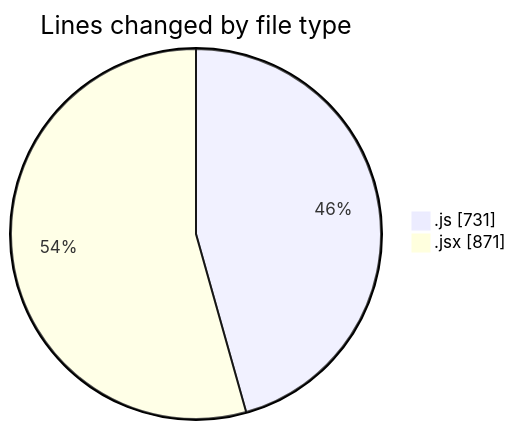
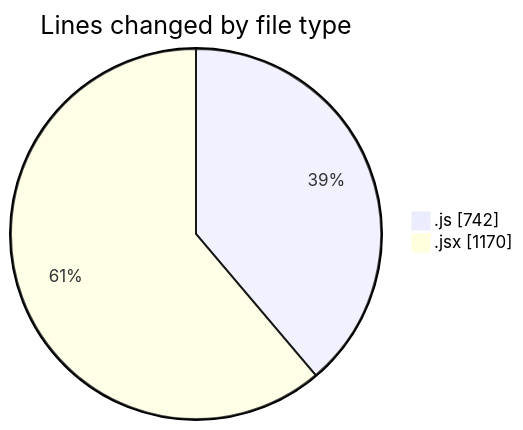
One commit to nxtqubesakshisongat/code-tracking changed the first of 2 diagrams in 2025-08-29/nxtqube_webapp/README.md. Above: the diagram before and after it, drawn with Mermaid. The commit also changed other lines of this file and 1 other file, not shown here.

````diff
--- a/2025-08-29/nxtqube_webapp/README.md
+++ b/2025-08-29/nxtqube_webapp/README.md
@@ -22,6 +23,6 @@
 ```mermaid
 pie showData
 title Lines changed by file type
-".js" : 731
-".jsx" : 871
+".js" : 742
+".jsx" : 1170
 ```
````
